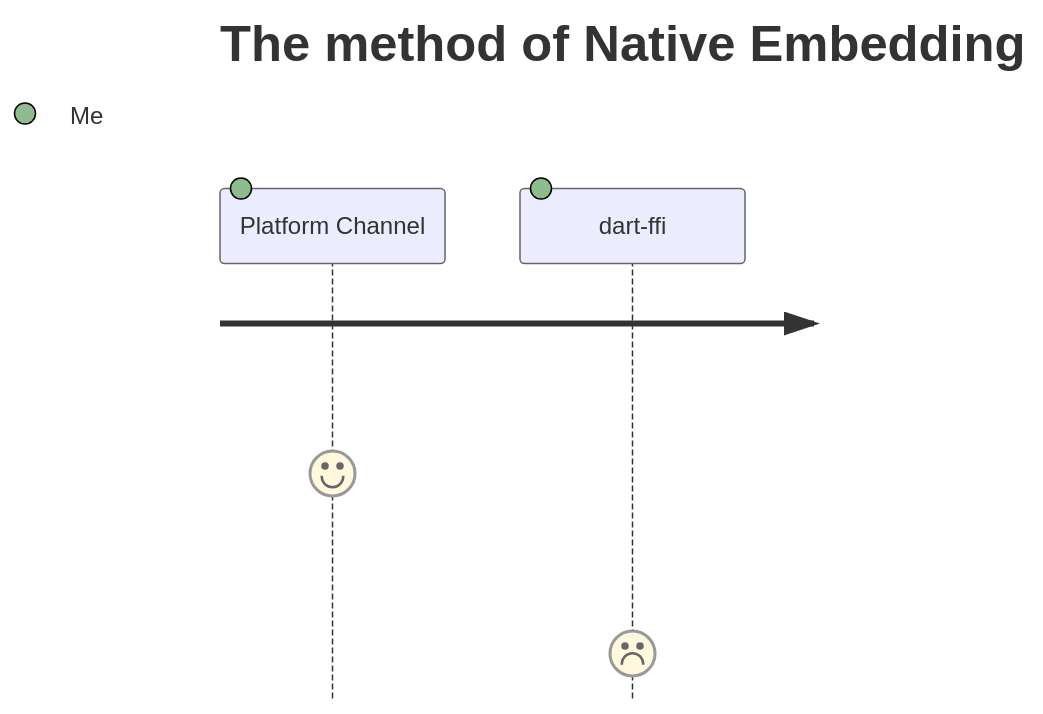
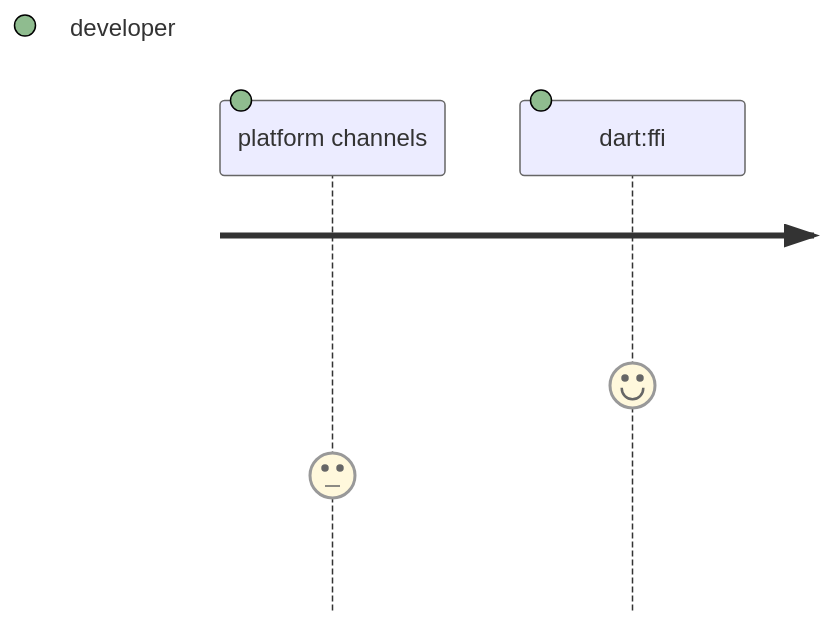
One commit to sensuikan1973/flutter_expensive_native_embedding_journey changed the first of 2 diagrams in slide/pages/introduction.md. Above: the diagram before and after it, drawn with Mermaid. The commit also changed other lines of this file, not shown here.

````diff
--- a/slide/pages/introduction.md
+++ b/slide/pages/introduction.md
@@ -43,6 +47,5 @@
 ```mermaid {scale: 0.5}
 journey
-    title The method of Native Embedding
-    Platform Channel: 5: Me
-    dart-ffi : 1: Me
+    platform channels: 3: developer
+    dart#58;ffi : 5: developer
 ```
````
